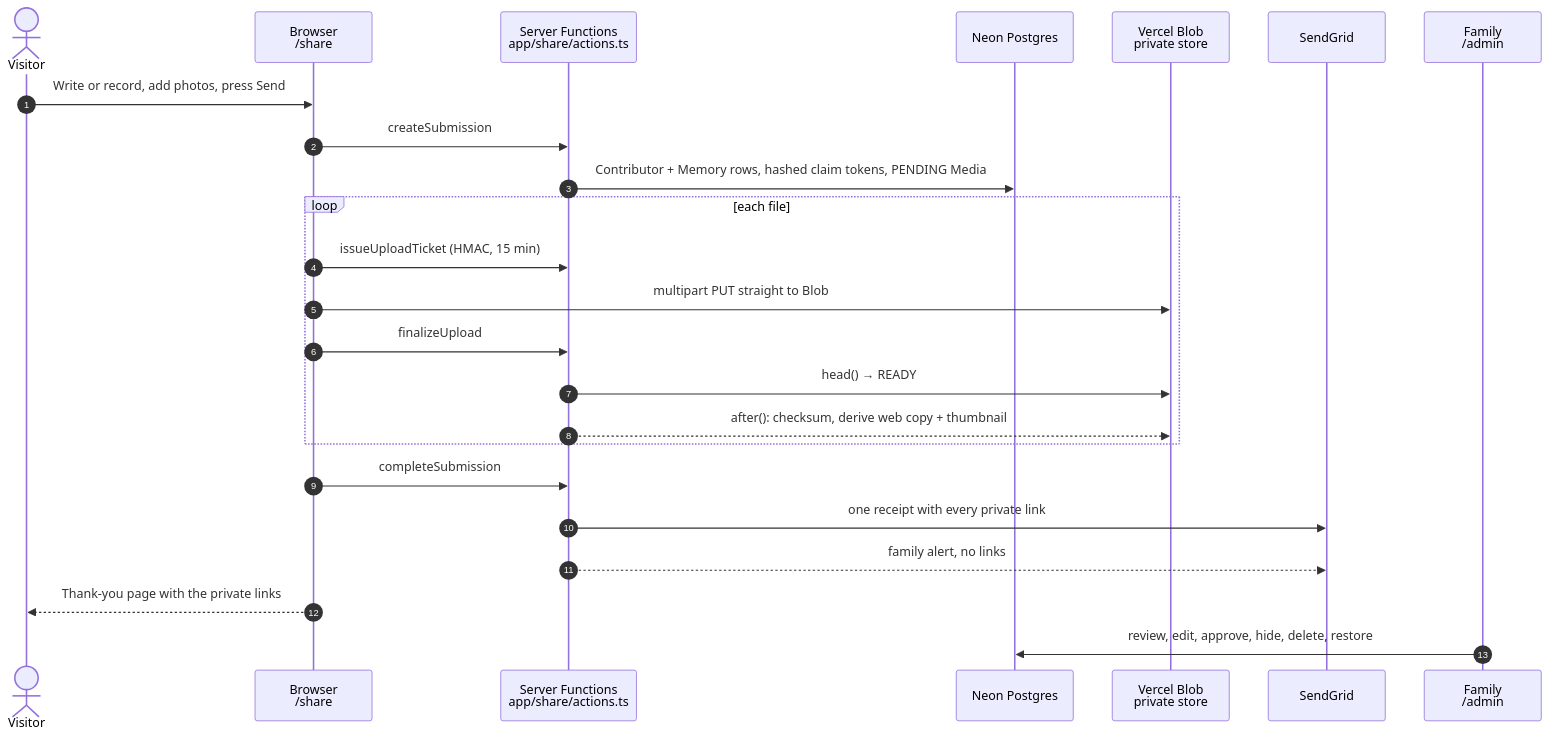
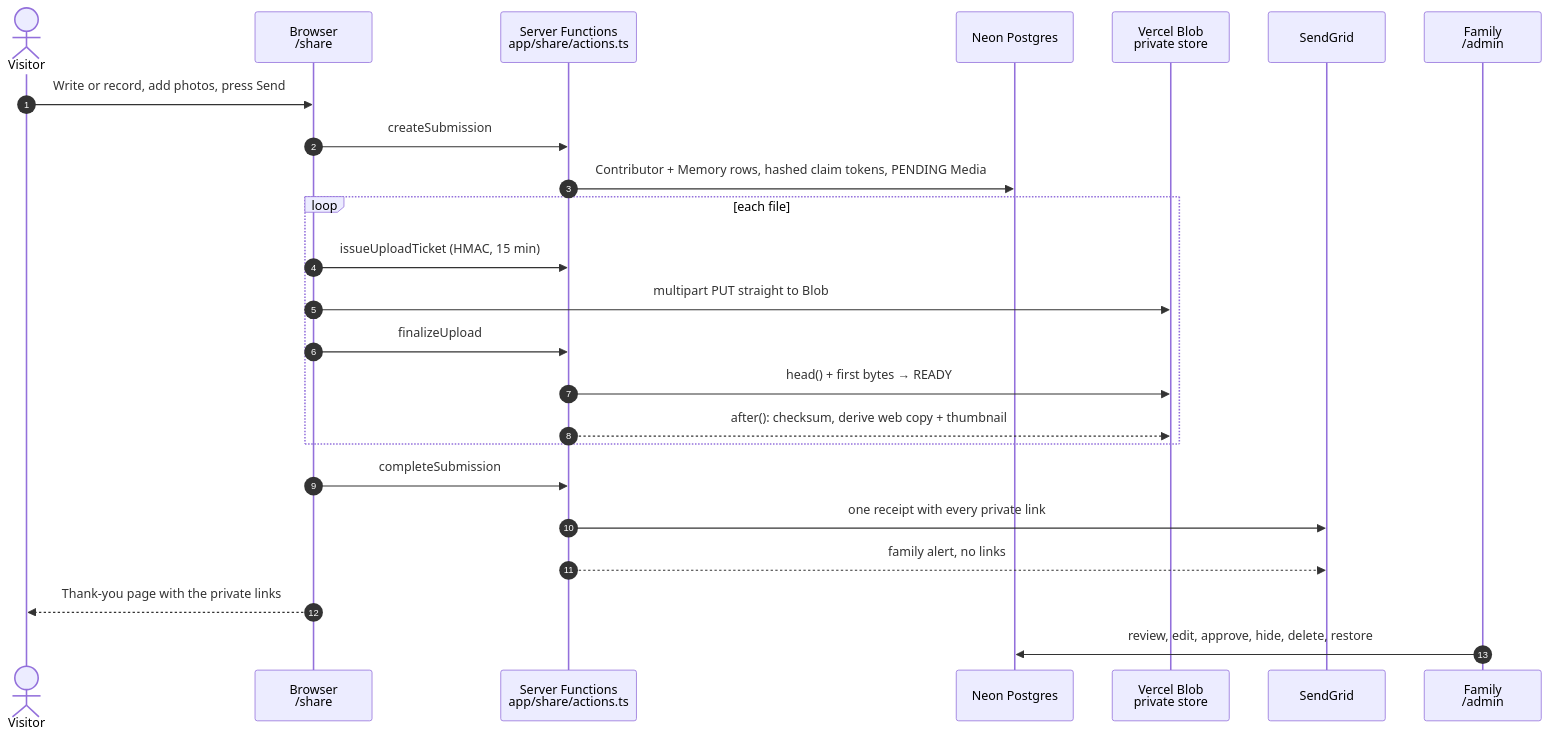
The first of 3 diagrams in README.md (RobertdWray/jowray_com), drawn with Mermaid before and after one commit. The commit also changed other lines of this file and 6 other files, not shown here.

````diff
--- a/README.md
+++ b/README.md
@@ -36,27 +36,27 @@
 ```mermaid
 sequenceDiagram
     autonumber
     actor V as Visitor
     participant B as Browser<br/>/share
     participant SF as Server Functions<br/>app/share/actions.ts
     participant DB as Neon Postgres
     participant Blob as Vercel Blob<br/>private store
     participant Mail as SendGrid
     participant F as Family<br/>/admin
 
     V->>B: Write or record, add photos, press Send
     B->>SF: createSubmission
     SF->>DB: Contributor + Memory rows, hashed claim tokens, PENDING Media
     loop each file
         B->>SF: issueUploadTicket (HMAC, 15 min)
         B->>Blob: multipart PUT straight to Blob
         B->>SF: finalizeUpload
-        SF->>Blob: head() → READY
+        SF->>Blob: head() + first bytes → READY
         SF-->>Blob: after(): checksum, derive web copy + thumbnail
     end
     B->>SF: completeSubmission
     SF->>Mail: one receipt with every private link
     SF-->>Mail: family alert, no links
     B-->>V: Thank-you page with the private links
     F->>DB: review, edit, approve, hide, delete, restore
 ```
````
